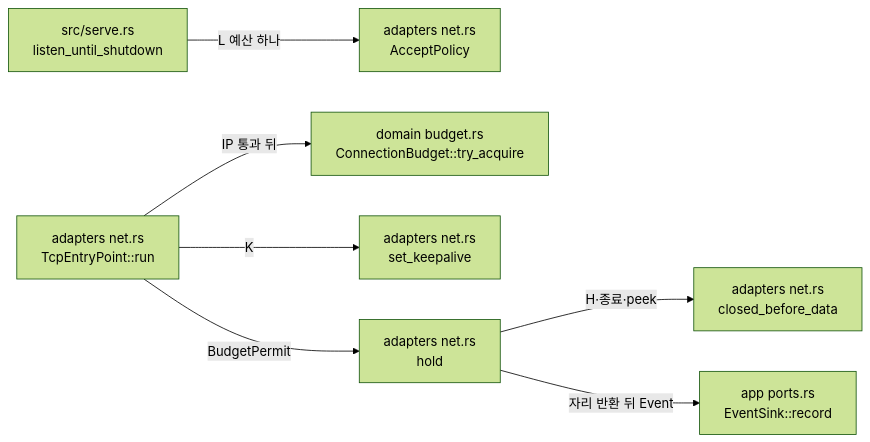
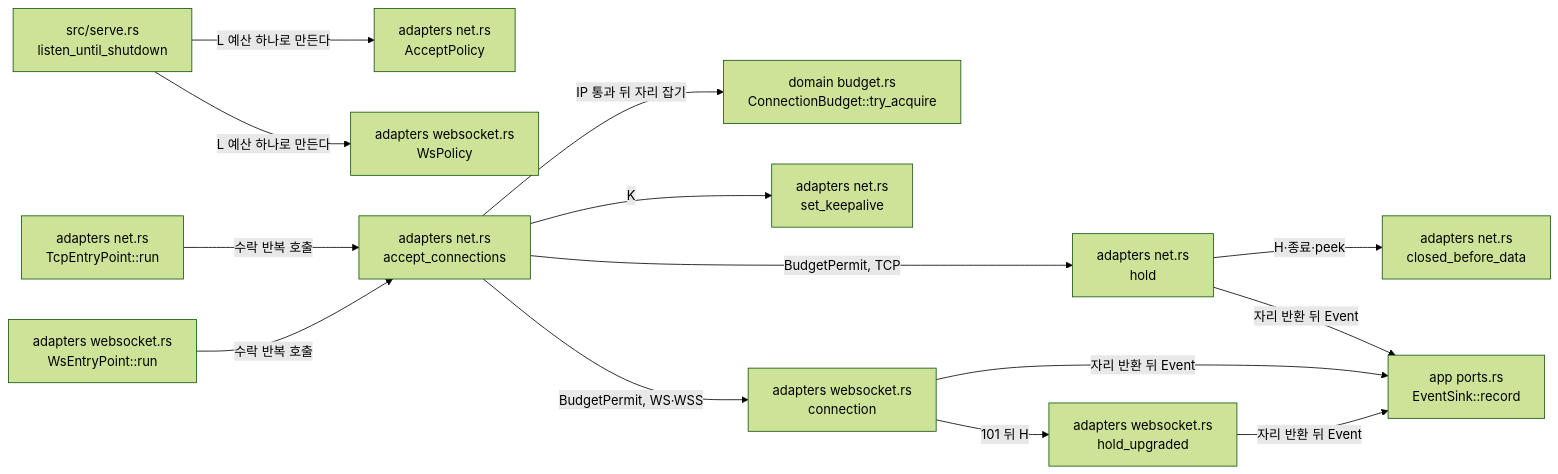
One commit to kayden-kim/vnc-relay changed the diagram in docs/architectures/connection-limits.md. Above: the diagram before and after it, drawn with Mermaid (forest theme). The commit also changed other lines of this file and 6 other files, not shown here.

Commit message:
docs(architecture): sync entry point and limit docs with websocket upgrade

````diff
--- a/docs/architectures/connection-limits.md
+++ b/docs/architectures/connection-limits.md
@@ -40,9 +41,16 @@
 ```mermaid
 flowchart LR
-    SERVE["src/serve.rs<br/>listen_until_shutdown"] -->|"L 예산 하나"| POLICY["adapters net.rs<br/>AcceptPolicy"]
-    EP["adapters net.rs<br/>TcpEntryPoint::run"] -->|"IP 통과 뒤"| BUDGET["domain budget.rs<br/>ConnectionBudget::try_acquire"]
-    EP -->|"K"| KA["adapters net.rs<br/>set_keepalive"]
-    EP -->|"BudgetPermit"| HOLD["adapters net.rs<br/>hold"]
+    SERVE["src/serve.rs<br/>listen_until_shutdown"] -->|"L 예산 하나로 만든다"| POLICY["adapters net.rs<br/>AcceptPolicy"]
+    SERVE -->|"L 예산 하나로 만든다"| WSPOL["adapters websocket.rs<br/>WsPolicy"]
+    EP["adapters net.rs<br/>TcpEntryPoint::run"] -->|"수락 반복 호출"| ACC["adapters net.rs<br/>accept_connections"]
+    WSEP["adapters websocket.rs<br/>WsEntryPoint::run"] -->|"수락 반복 호출"| ACC
+    ACC -->|"IP 통과 뒤 자리 잡기"| BUDGET["domain budget.rs<br/>ConnectionBudget::try_acquire"]
+    ACC -->|"K"| KA["adapters net.rs<br/>set_keepalive"]
+    ACC -->|"BudgetPermit, TCP"| HOLD["adapters net.rs<br/>hold"]
+    ACC -->|"BudgetPermit, WS·WSS"| UPG["adapters websocket.rs<br/>connection"]
     HOLD -->|"H·종료·peek"| PEEK["adapters net.rs<br/>closed_before_data"]
+    UPG -->|"101 뒤 H"| HUP["adapters websocket.rs<br/>hold_upgraded"]
     HOLD -->|"자리 반환 뒤 Event"| SINK["app ports.rs<br/>EventSink::record"]
+    UPG -->|"자리 반환 뒤 Event"| SINK
+    HUP -->|"자리 반환 뒤 Event"| SINK
 ```
````
